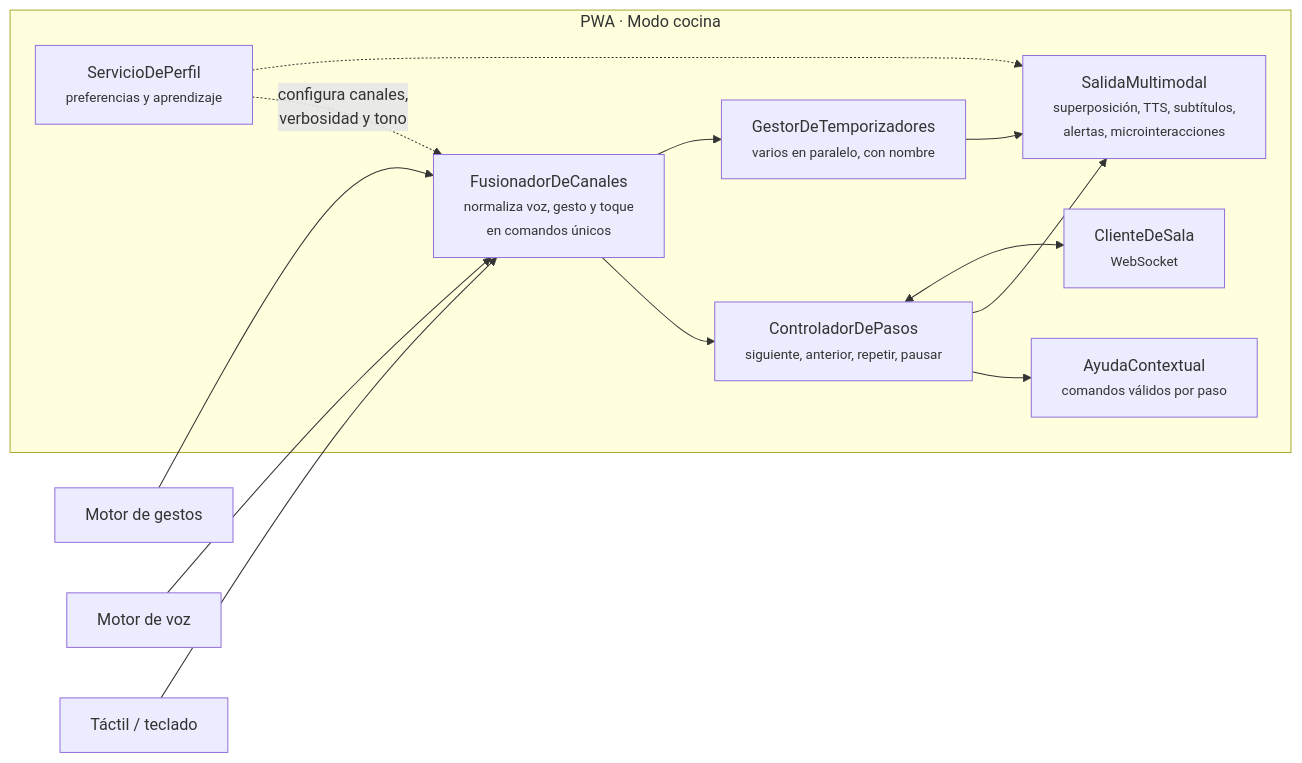
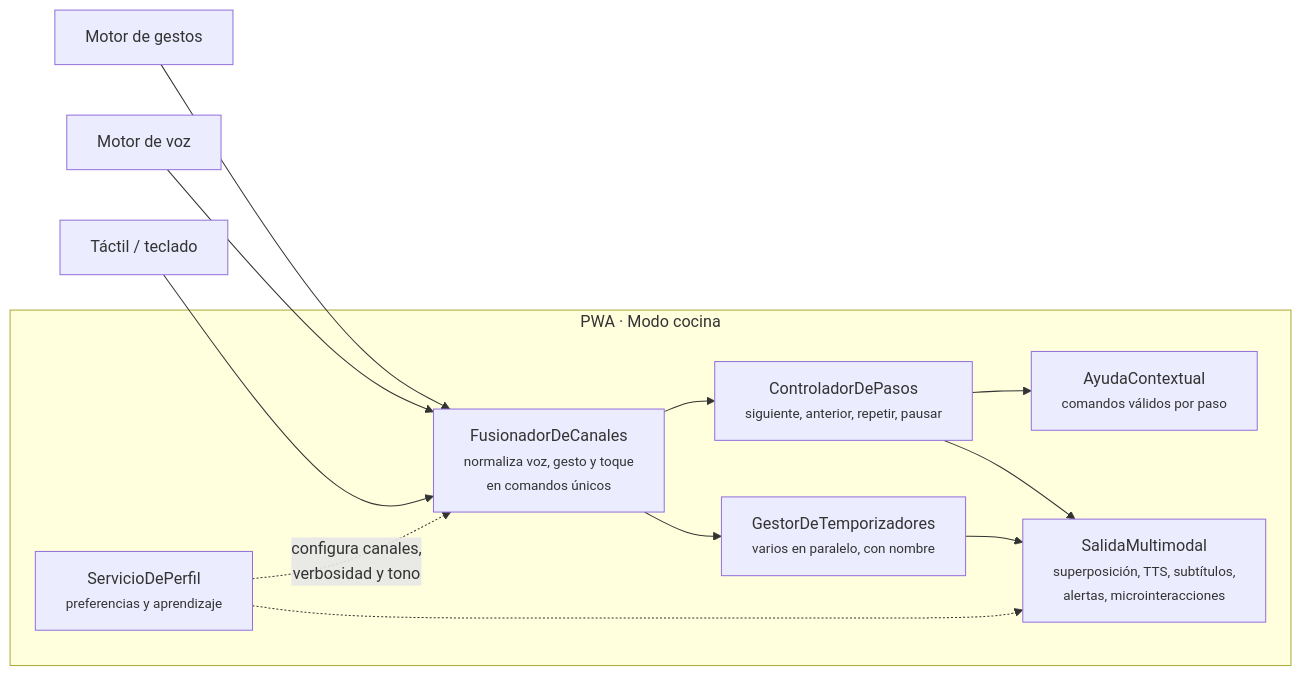
Before and after one commit to Akira-13/chef-en-el-aire: the fourth of 5 diagrams in docs/arquitectura/README.md, drawn with Mermaid. The commit also changed other lines of this file, not shown here.

````diff
--- a/docs/arquitectura/README.md
+++ b/docs/arquitectura/README.md
@@ -129,28 +129,26 @@
 ```mermaid
 flowchart LR
     gestos["Motor de gestos"]
     voz["Motor de voz"]
     tactil["Táctil / teclado"]
 
     subgraph pwa["PWA · Modo cocina"]
         fusion["FusionadorDeCanales<br/><small>normaliza voz, gesto y toque<br/>en comandos únicos</small>"]
         pasos["ControladorDePasos<br/><small>siguiente, anterior, repetir, pausar</small>"]
         timers["GestorDeTemporizadores<br/><small>varios en paralelo, con nombre</small>"]
         ayuda["AyudaContextual<br/><small>comandos válidos por paso</small>"]
         salida["SalidaMultimodal<br/><small>superposición, TTS, subtítulos,<br/>alertas, microinteracciones</small>"]
         perfil["ServicioDePerfil<br/><small>preferencias y aprendizaje</small>"]
-        clienteSala["ClienteDeSala<br/><small>WebSocket</small>"]
     end
 
     gestos --> fusion
     voz --> fusion
     tactil --> fusion
     fusion --> pasos
     fusion --> timers
     pasos --> ayuda
     pasos --> salida
     timers --> salida
     perfil -.->|"configura canales,<br/>verbosidad y tono"| fusion
     perfil -.-> salida
-    pasos <--> clienteSala
 ```
````
